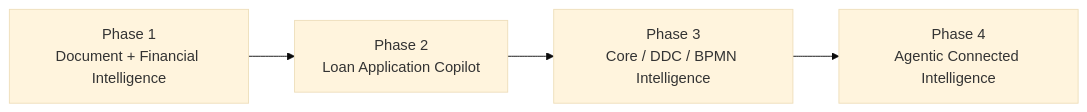
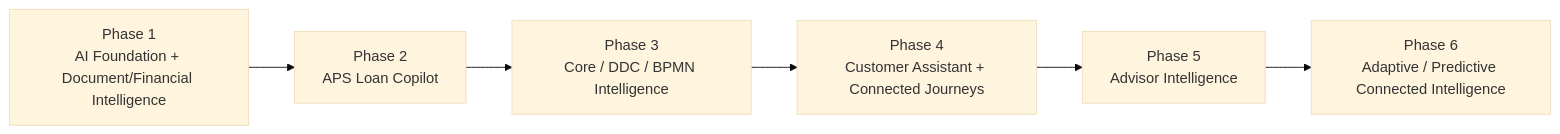
One commit to Milancho/ai-engineering-playbook changed diagram 11 of 15 in docs/AI-Intelligence-Platform-Overview.md. Above: the diagram before and after it, drawn with Mermaid (base theme). The commit also changed other lines of this file, not shown here.

Commit message:
docs: refine big picture with connected Assistant Copilot Advisor model

````diff
--- a/docs/AI-Intelligence-Platform-Overview.md
+++ b/docs/AI-Intelligence-Platform-Overview.md
@@ -230,6 +319,8 @@
 ```mermaid
 flowchart LR
-    A[Phase 1<br/>Document + Financial Intelligence] --> B[Phase 2<br/>Loan Application Copilot]
-    B --> C[Phase 3<br/>Core / DDC / BPMN Intelligence]
-    C --> D[Phase 4<br/>Agentic Connected Intelligence]
+    P1[Phase 1<br/>AI Foundation + Document/Financial Intelligence] --> P2[Phase 2<br/>APS Loan Copilot]
+    P2 --> P3[Phase 3<br/>Core / DDC / BPMN Intelligence]
+    P3 --> P4[Phase 4<br/>Customer Assistant + Connected Journeys]
+    P4 --> P5[Phase 5<br/>Advisor Intelligence]
+    P5 --> P6[Phase 6<br/>Adaptive / Predictive Connected Intelligence]
 ```
````
